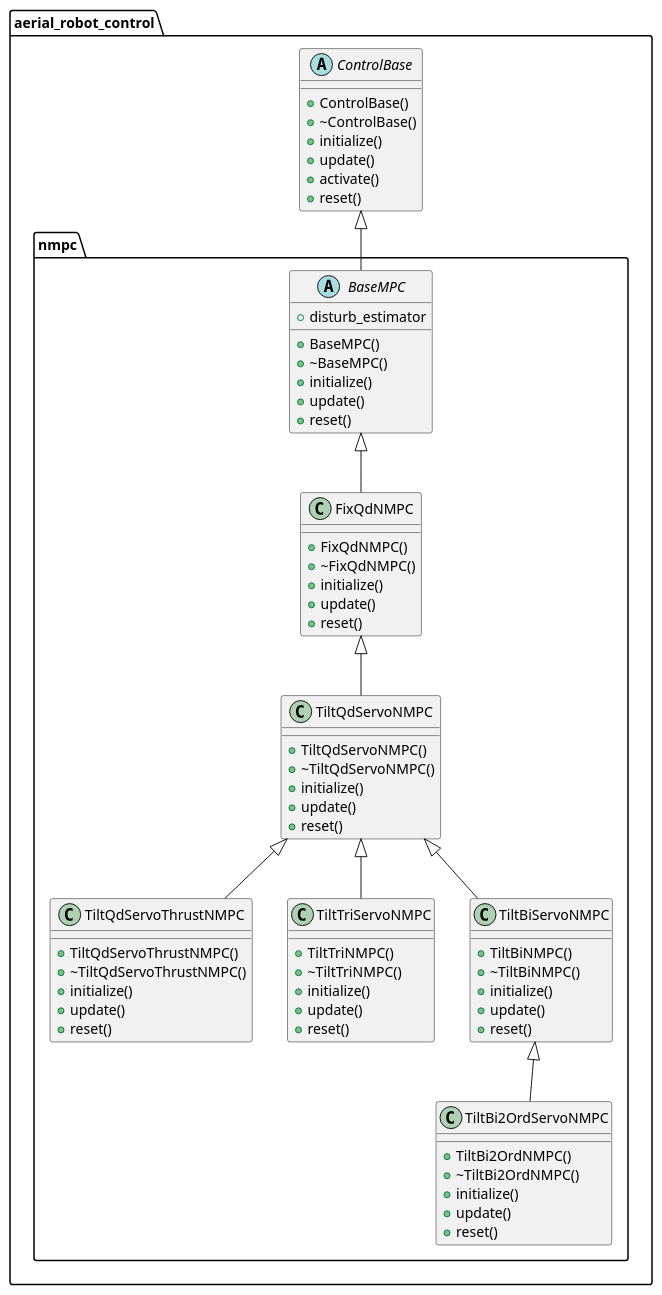
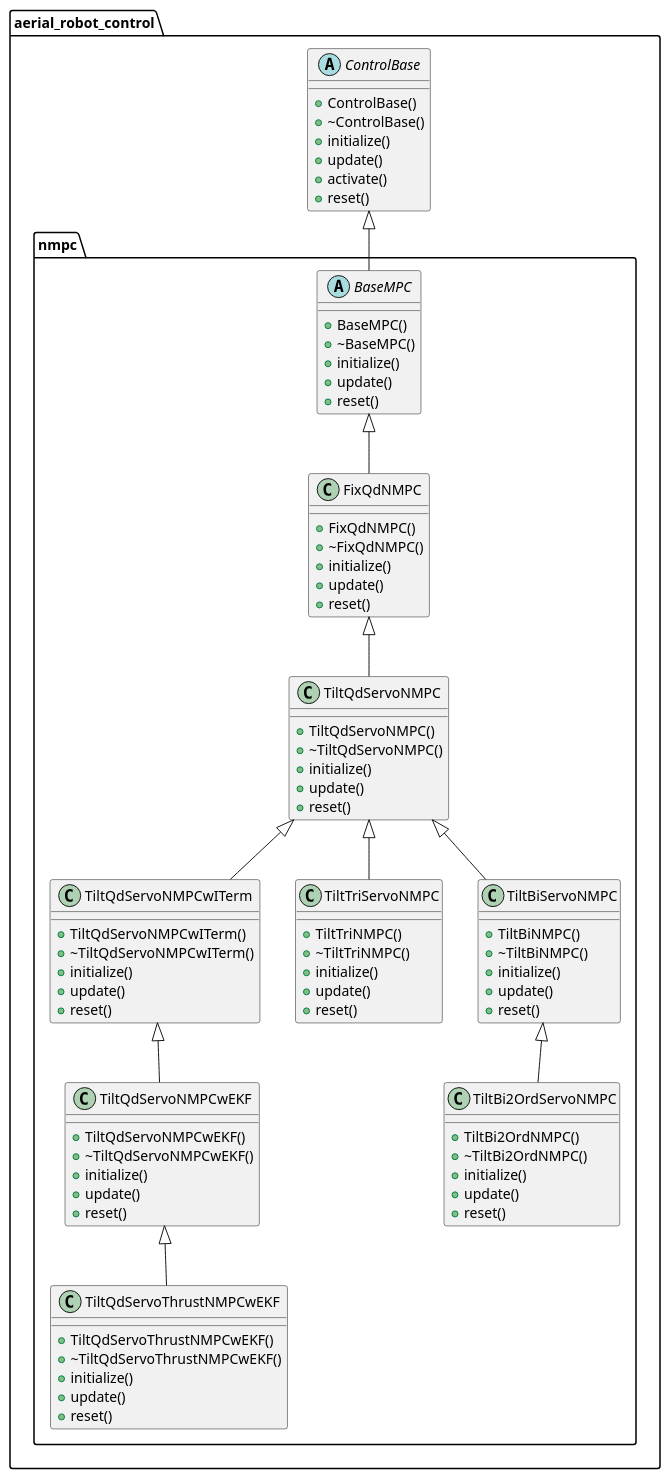
The diagram in docs/UMLs/nmpc_controller.puml (jsk-ros-pkg/jsk_aerial_robot), drawn with PlantUML before and after one commit. The commit also changed 1 other file, not shown here.

Commit message:
[UML]: update

```diff
--- a/docs/UMLs/nmpc_controller.puml
+++ b/docs/UMLs/nmpc_controller.puml
@@ -1,87 +1,104 @@
 @startuml
 'https://plantuml.com/class-diagram
 
 set namespaceSeparator ::
 
 abstract class aerial_robot_control::ControlBase {
     + ControlBase()
     + ~ControlBase()
     + initialize()
     + update()
     + activate()
     + reset()
 }
 
 abstract class aerial_robot_control::nmpc::BaseMPC extends aerial_robot_control::ControlBase {
-    + disturb_estimator
     + BaseMPC()
     + ~BaseMPC()
     + initialize()
     + update()
     + reset()
 }
 
 class aerial_robot_control::nmpc::FixQdNMPC extends aerial_robot_control::nmpc::BaseMPC {
-'x_dim = 13, u_dim = 4'
+'x_dim = 13, u_dim = 4, p_dim = 4'
     + FixQdNMPC()
     + ~FixQdNMPC()
     + initialize()
     + update()
     + reset()
 }
 
 'class aerial_robot_control::nmpc::TiltQdNMPC extends aerial_robot_control::nmpc::FixQdNMPC {
 ''x_dim = 13, u_dim = 8'
 '    + TiltQdNMPC()
 '    + ~TiltQdNMPC()
 '    + initialize()
 '    + update()
 '    + reset()
 '}
 
 class aerial_robot_control::nmpc::TiltQdServoNMPC extends aerial_robot_control::nmpc::FixQdNMPC {
-'x_dim = 17, u_dim = 8'
+'x_dim = 17, u_dim = 8, p_dim = 4'
     + TiltQdServoNMPC()
     + ~TiltQdServoNMPC()
     + initialize()
     + update()
     + reset()
 }
 
-class aerial_robot_control::nmpc::TiltQdServoThrustNMPC extends aerial_robot_control::nmpc::TiltQdServoNMPC {
-'x_dim = 21, u_dim = 8'
-    + TiltQdServoThrustNMPC()
-    + ~TiltQdServoThrustNMPC()
+class aerial_robot_control::nmpc::TiltQdServoNMPCwITerm extends aerial_robot_control::nmpc::TiltQdServoNMPC {
+'x_dim = 17, u_dim = 8， p_dim = 10'
+    + TiltQdServoNMPCwITerm()
+    + ~TiltQdServoNMPCwITerm()
+    + initialize()
+    + update()
+    + reset()
+}
+
+class aerial_robot_control::nmpc::TiltQdServoNMPCwEKF extends aerial_robot_control::nmpc::TiltQdServoNMPCwITerm {
+'x_dim = 23, u_dim = 8, p_dim = 4'
+    + TiltQdServoNMPCwEKF()
+    + ~TiltQdServoNMPCwEKF()
+    + initialize()
+    + update()
+    + reset()
+}
+
+class aerial_robot_control::nmpc::TiltQdServoThrustNMPCwEKF extends aerial_robot_control::nmpc::TiltQdServoNMPCwEKF {
+'x_dim = 27, u_dim = 8, p_dim = 4'
+    + TiltQdServoThrustNMPCwEKF()
+    + ~TiltQdServoThrustNMPCwEKF()
     + initialize()
     + update()
     + reset()
 }
 
 class aerial_robot_control::nmpc::TiltTriServoNMPC extends aerial_robot_control::nmpc::TiltQdServoNMPC {
-'x_dim = 16, u_dim = 6'
+'x_dim = 16, u_dim = 6, p_dim = 4'
     + TiltTriNMPC()
     + ~TiltTriNMPC()
     + initialize()
     + update()
     + reset()
 }
 
 class aerial_robot_control::nmpc::TiltBiServoNMPC extends aerial_robot_control::nmpc::TiltQdServoNMPC {
-'x_dim = 15, u_dim = 4'
+'x_dim = 15, u_dim = 4, p_dim = 4'
     + TiltBiNMPC()
     + ~TiltBiNMPC()
     + initialize()
     + update()
     + reset()
 }
 
 class aerial_robot_control::nmpc::TiltBi2OrdServoNMPC extends aerial_robot_control::nmpc::TiltBiServoNMPC {
-'x_dim = 17, u_dim = 4'
+'x_dim = 17, u_dim = 4, p_dim = 4'
     + TiltBi2OrdNMPC()
     + ~TiltBi2OrdNMPC()
     + initialize()
     + update()
     + reset()
 }
 
 @enduml
```
